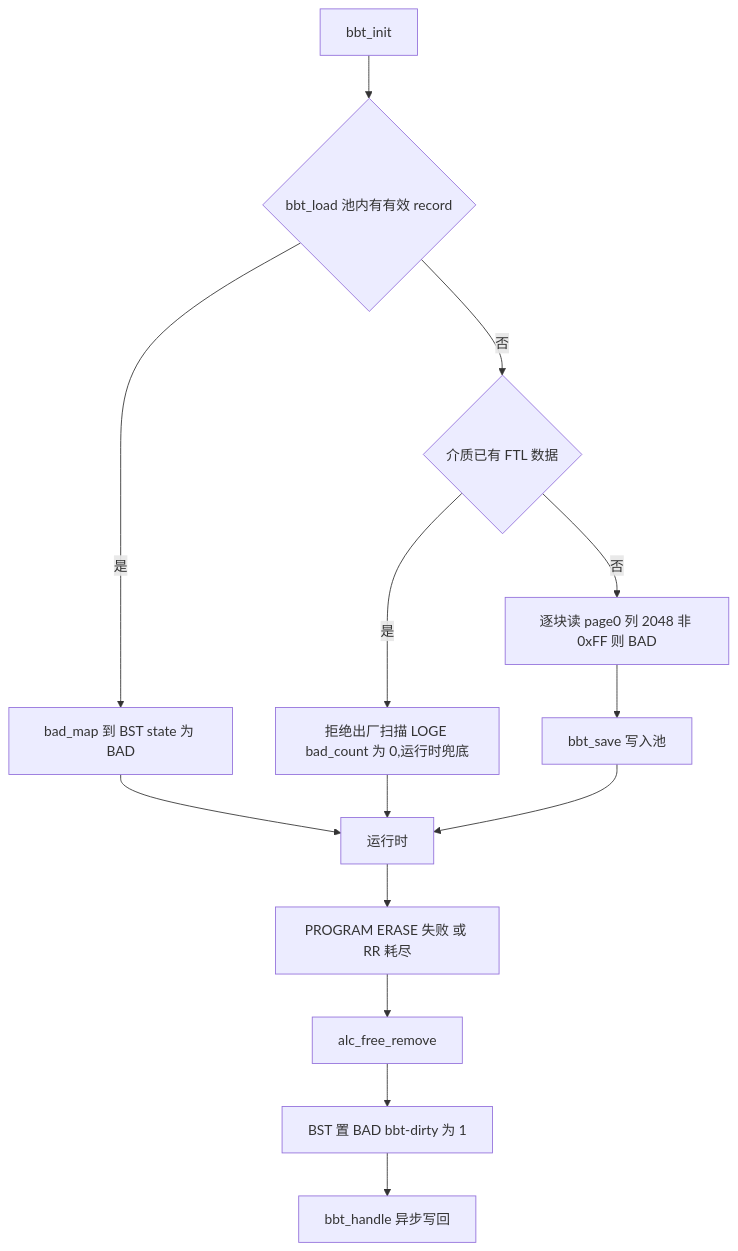
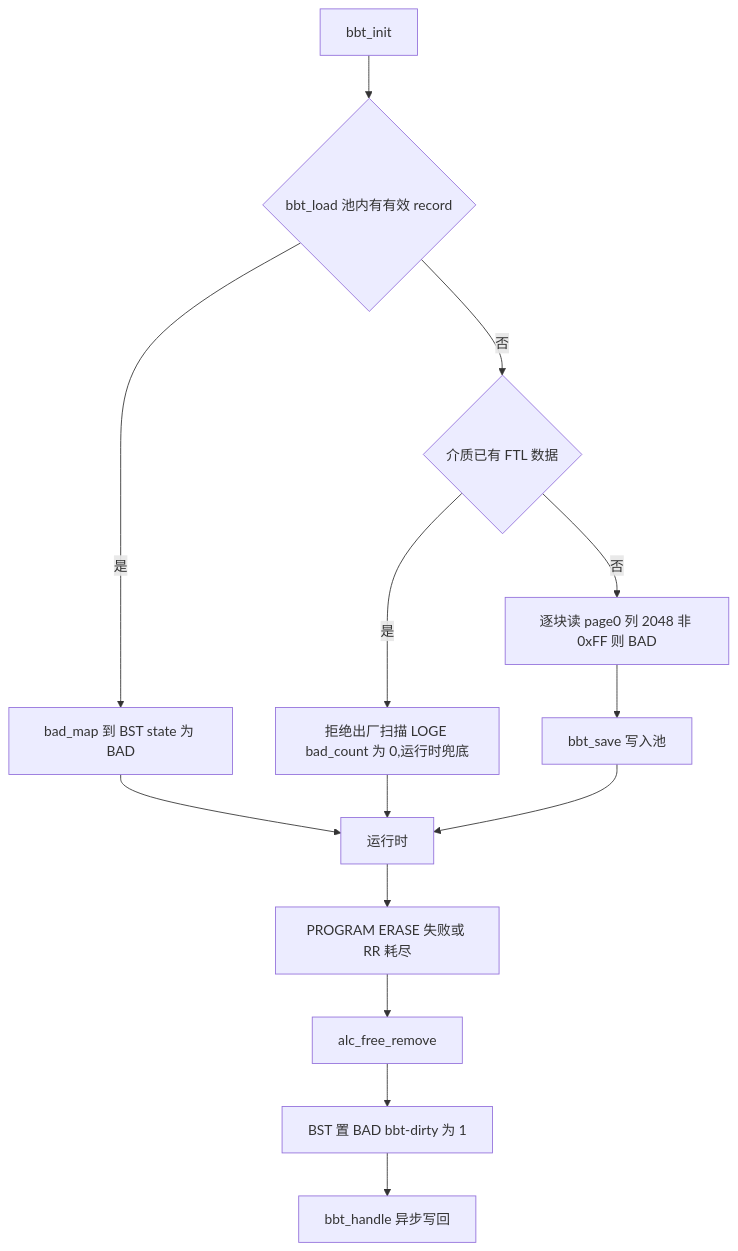
One commit to YzYMIAO/BASESSD changed the eighth of 36 diagrams in docs/design/ftl_design.md. Above: the diagram before and after it, drawn with Mermaid. The commit also changed other lines of this file and 49 other files, not shown here.

````diff
--- a/docs/design/ftl_design.md
+++ b/docs/design/ftl_design.md
@@ -1514,16 +1442,16 @@
 ```mermaid
 flowchart TD
-    INIT["bbt_init"] --> LOAD{"bbt_load 池内有有效 record"}
-    LOAD -- "是" --> REBUILD["bad_map 到 BST state 为 BAD"]
-    LOAD -- "否" --> USED{"介质已有 FTL 数据"}
-    USED -- "是" --> REJECT["拒绝出厂扫描 LOGE bad_count 为 0,运行时兜底"]
-    USED -- "否" --> SCAN["逐块读 page0 列 2048 非 0xFF 则 BAD"]
-    SCAN --> SAVE["bbt_save 写入池"]
-    REBUILD --> RUN["运行时"]
-    REJECT --> RUN
-    SAVE --> RUN
-    RUN --> MARK["PROGRAM ERASE 失败 或 RR 耗尽"]
-    MARK --> EXPEL["alc_free_remove"]
-    EXPEL --> BAD["BST 置 BAD bbt-dirty 为 1"]
-    BAD --> KICK["bbt_handle 异步写回"]
+ INIT["bbt_init"] --> LOAD{"bbt_load 池内有有效 record"}
+ LOAD -- "是" --> REBUILD["bad_map 到 BST state 为 BAD"]
+ LOAD -- "否" --> USED{"介质已有 FTL 数据"}
+ USED -- "是" --> REJECT["拒绝出厂扫描 LOGE bad_count 为 0,运行时兜底"]
+ USED -- "否" --> SCAN["逐块读 page0 列 2048 非 0xFF 则 BAD"]
+ SCAN --> SAVE["bbt_save 写入池"]
+ REBUILD --> RUN["运行时"]
+ REJECT --> RUN
+ SAVE --> RUN
+ RUN --> MARK["PROGRAM ERASE 失败或 RR 耗尽"]
+ MARK --> EXPEL["alc_free_remove"]
+ EXPEL --> BAD["BST 置 BAD bbt-dirty 为 1"]
+ BAD --> KICK["bbt_handle 异步写回"]
 ```
````
